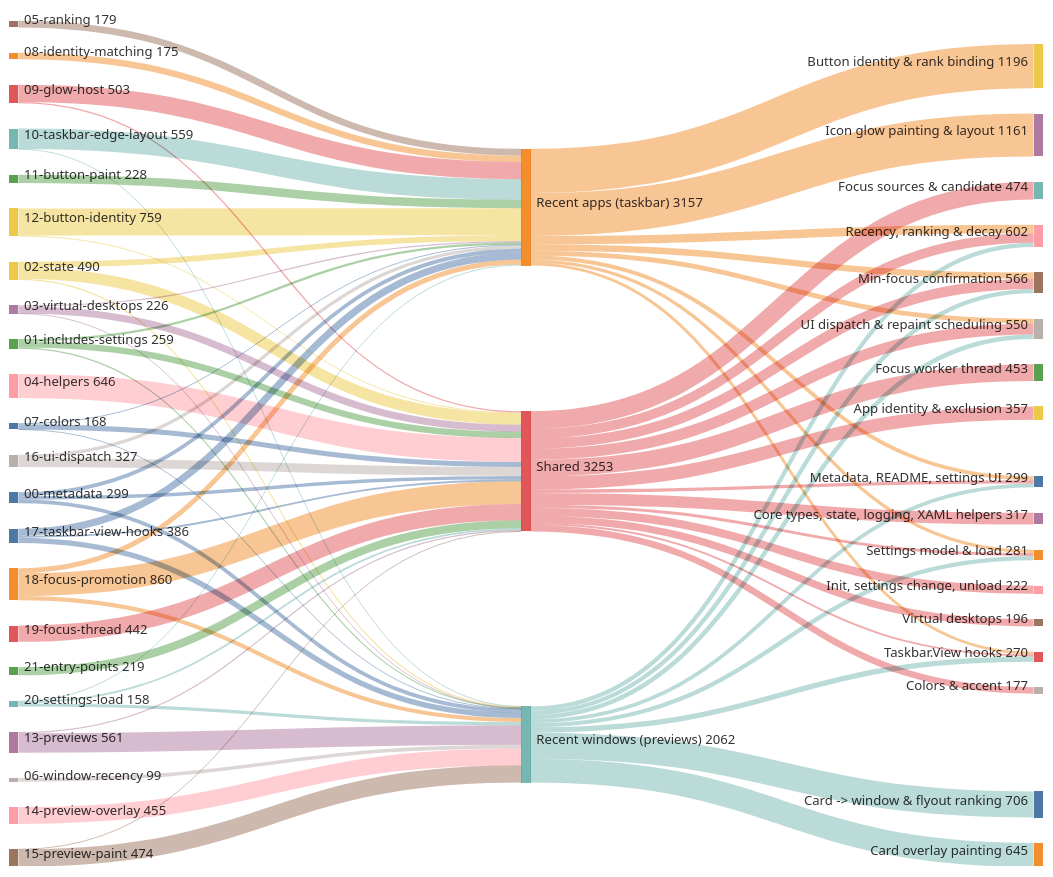
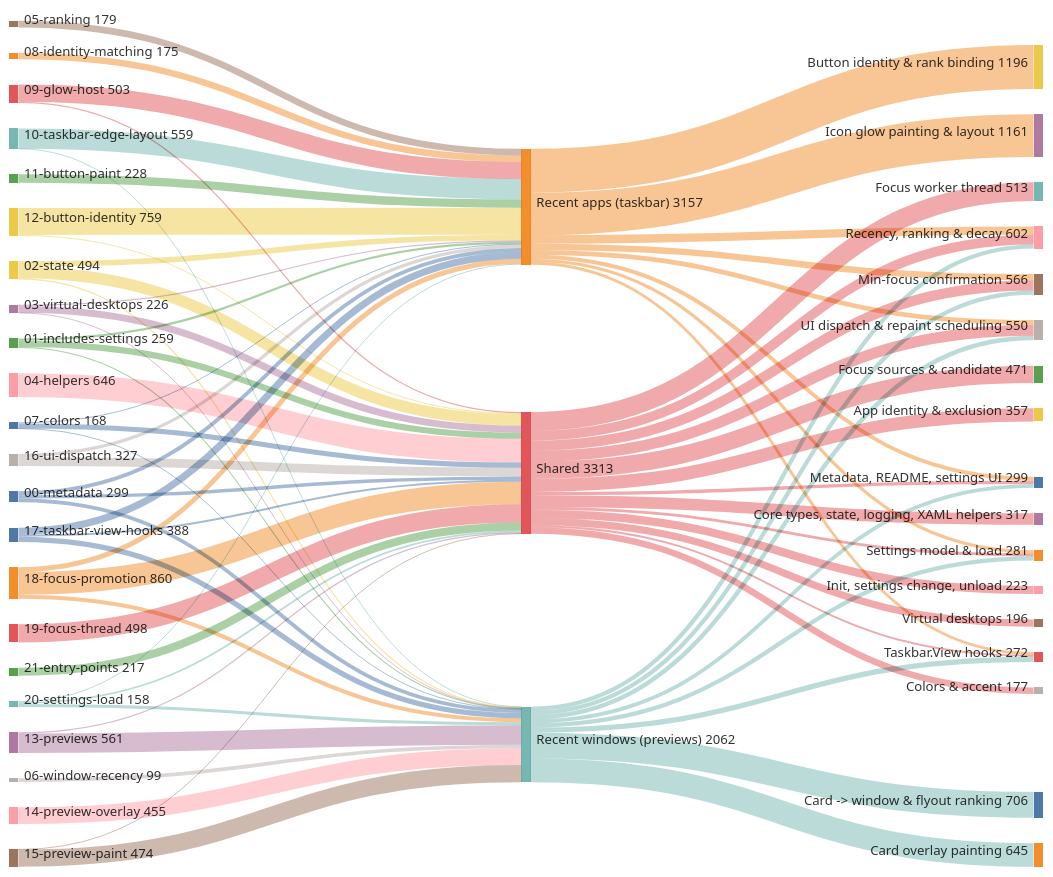
Before and after one commit to jvlasek/taskbar-recent-focus-highlight: the second of 5 diagrams in doc/code/code-breakdown.md, drawn with Mermaid. The commit also changed other lines of this file and 10 other files, not shown here.

First line of the commit message:
0.12.1: focus tracking waits for the taskbar

```diff
--- a/doc/code/code-breakdown.md
+++ b/doc/code/code-breakdown.md
@@ -44,7 +44,7 @@
 01-includes-settings,"Shared",170
 01-includes-settings,"Recent windows (previews)",28
 02-state,"Recent apps (taskbar)",153
-02-state,"Shared",306
+02-state,"Shared",310
 02-state,"Recent windows (previews)",31
 03-virtual-desktops,"Recent apps (taskbar)",31
 03-virtual-desktops,"Shared",190
@@ -71,16 +71,16 @@
 16-ui-dispatch,"Recent apps (taskbar)",87
 16-ui-dispatch,"Shared",240
 17-taskbar-view-hooks,"Recent apps (taskbar)",193
-17-taskbar-view-hooks,"Shared",50
+17-taskbar-view-hooks,"Shared",52
 17-taskbar-view-hooks,"Recent windows (previews)",143
 18-focus-promotion,"Recent apps (taskbar)",134
 18-focus-promotion,"Shared",616
 18-focus-promotion,"Recent windows (previews)",110
-19-focus-thread,"Shared",442
+19-focus-thread,"Shared",498
 20-settings-load,"Recent apps (taskbar)",26
 20-settings-load,"Shared",48
 20-settings-load,"Recent windows (previews)",84
-21-entry-points,"Shared",219
+21-entry-points,"Shared",217
 "Recent apps (taskbar)","Button identity & rank binding",1196
 "Recent apps (taskbar)","Icon glow painting & layout",1161
 "Recent apps (taskbar)","Recency, ranking & decay",227
@@ -89,19 +89,19 @@
 "Recent apps (taskbar)","Metadata, README, settings UI",105
 "Recent apps (taskbar)","Settings model & load",87
 "Recent apps (taskbar)","Taskbar.View hooks",77
-"Shared","Focus sources & candidate",474
-"Shared","Focus worker thread",453
+"Shared","Focus worker thread",513
+"Shared","Focus sources & candidate",471
 "Shared","App identity & exclusion",357
 "Shared","Core types, state, logging, XAML helpers",317
 "Shared","UI dispatch & repaint scheduling",300
 "Shared","Min-focus confirmation",276
 "Shared","Recency, ranking & decay",262
-"Shared","Init, settings change, unload",222
+"Shared","Init, settings change, unload",223
 "Shared","Virtual desktops",196
 "Shared","Colors & accent",177
 "Shared","Metadata, README, settings UI",91
 "Shared","Settings model & load",78
-"Shared","Taskbar.View hooks",50
+"Shared","Taskbar.View hooks",52
 "Recent windows (previews)","Card -> window & flyout ranking",706
 "Recent windows (previews)","Card overlay painting",645
 "Recent windows (previews)","Taskbar.View hooks",143
```
